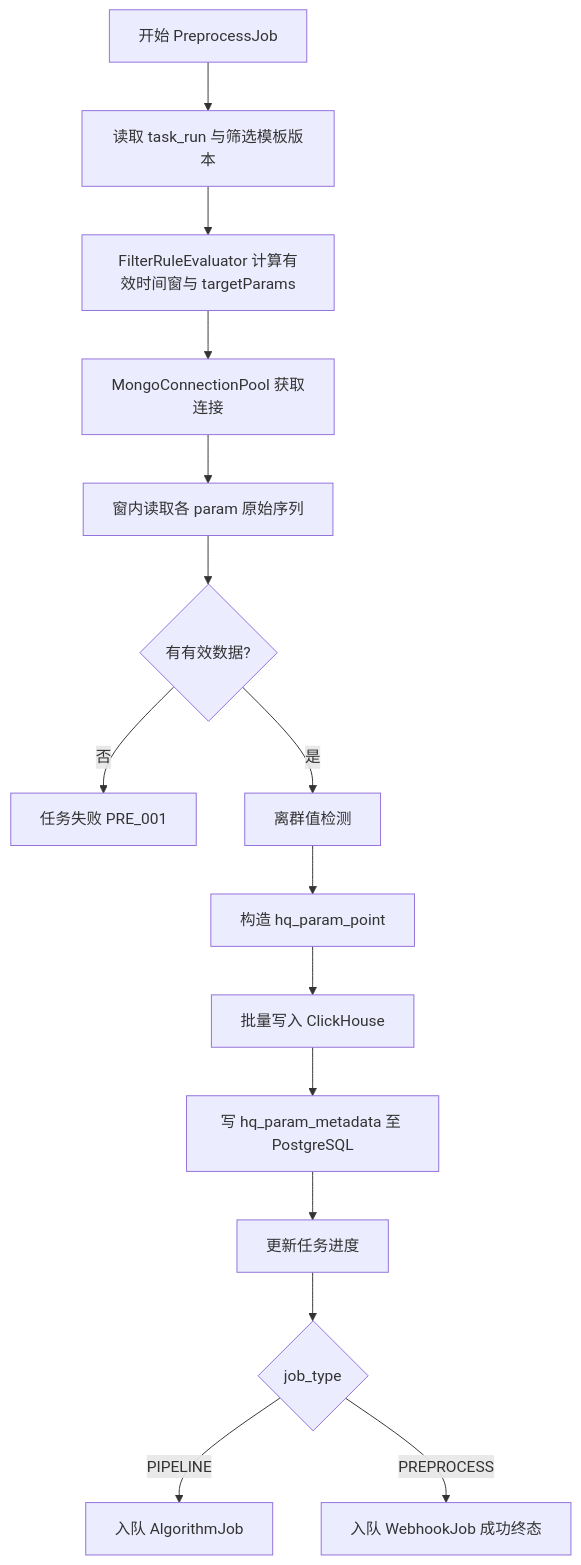
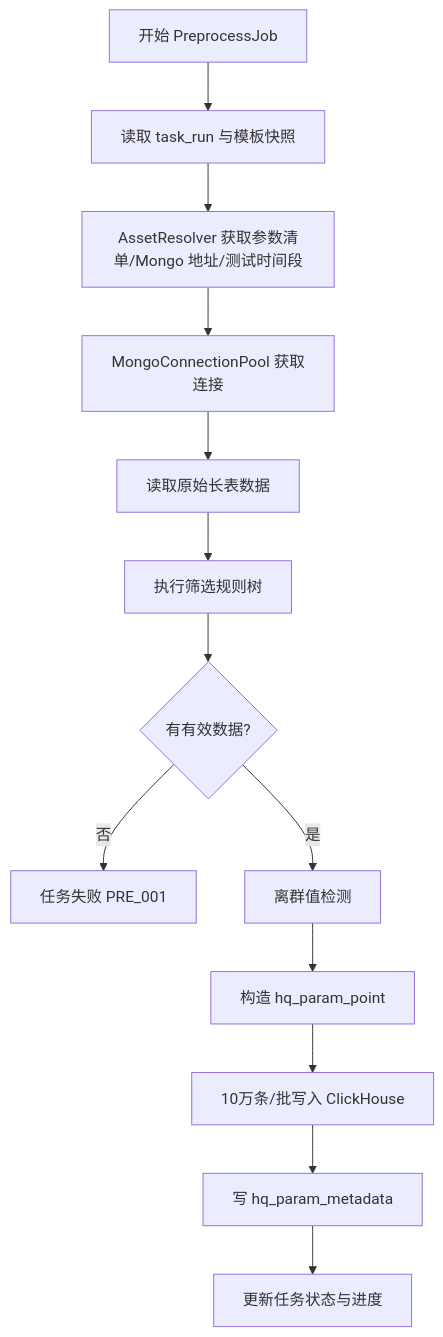
Before and after one commit to supertsingbo-art/SatelliteDataAnalytics: diagram 11 of 16 in design/详细设计文档_卫星测试数据预处理与数据分析平台_V2.0.md, drawn with Mermaid. The commit also changed other lines of this file and 20 other files, not shown here.

````diff
--- a/design/详细设计文档_卫星测试数据预处理与数据分析平台_V2.0.md
+++ b/design/详细设计文档_卫星测试数据预处理与数据分析平台_V2.0.md
@@ -1837,17 +1726,15 @@
 ```mermaid
 flowchart TD
-    A[开始 PreprocessJob] --> B[读取 task_run 与筛选模板版本]
-    B --> C[FilterRuleEvaluator 计算有效时间窗与 targetParams]
+    A[开始 PreprocessJob] --> B[读取 task_run 与模板快照]
+    B --> C[AssetResolver 获取参数清单/Mongo 地址/测试时间段]
     C --> D[MongoConnectionPool 获取连接]
-    D --> E[窗内读取各 param 原始序列]
-    E --> F{有有效数据?}
-    F -- 否 --> H[任务失败 PRE_001]
-    F -- 是 --> I[离群值检测]
+    D --> E[读取原始长表数据]
+    E --> F[执行筛选规则树]
+    F --> G{有有效数据?}
+    G -- 否 --> H[任务失败 PRE_001]
+    G -- 是 --> I[离群值检测]
     I --> J[构造 hq_param_point]
-    J --> K[批量写入 ClickHouse]
-    K --> L[写 hq_param_metadata 至 PostgreSQL]
-    L --> M[更新任务进度]
-    M --> N{job_type}
-    N -- PIPELINE --> O[入队 AlgorithmJob]
-    N -- PREPROCESS --> P[入队 WebhookJob 成功终态]
+    J --> K[10万条/批写入 ClickHouse]
+    K --> L[写 hq_param_metadata]
+    L --> M[更新任务状态与进度]
 ```
````
